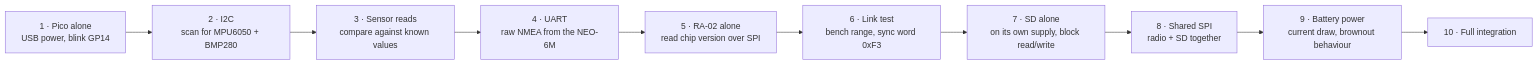
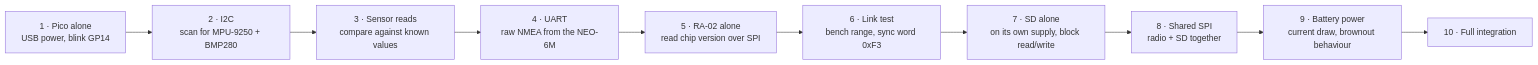
Before and after one commit to KunjSorathiya/CanSat-2026: the fourth of 4 diagrams in documentation/design/wiring.md, drawn with Mermaid. The commit also changed other lines of this file and 83 other files, not shown here.

````diff
--- a/documentation/design/wiring.md
+++ b/documentation/design/wiring.md
@@ -325,12 +341,12 @@
 ```mermaid
 flowchart LR
-    S1["1 · Pico alone<br/>USB power, blink GP14"] --> S2["2 · I2C<br/>scan for MPU6050 + BMP280"]
+    S1["1 · Pico alone<br/>USB power, blink GP14"] --> S2["2 · I2C<br/>scan for MPU-9250 + BMP280"]
     S2 --> S3["3 · Sensor reads<br/>compare against known values"]
     S3 --> S4["4 · UART<br/>raw NMEA from the NEO-6M"]
     S4 --> S5["5 · RA-02 alone<br/>read chip version over SPI"]
     S5 --> S6["6 · Link test<br/>bench range, sync word 0xF3"]
     S6 --> S7["7 · SD alone<br/>on its own supply, block read/write"]
     S7 --> S8["8 · Shared SPI<br/>radio + SD together"]
     S8 --> S9["9 · Battery power<br/>current draw, brownout behaviour"]
     S9 --> S10["10 · Full integration"]
 ```
````
